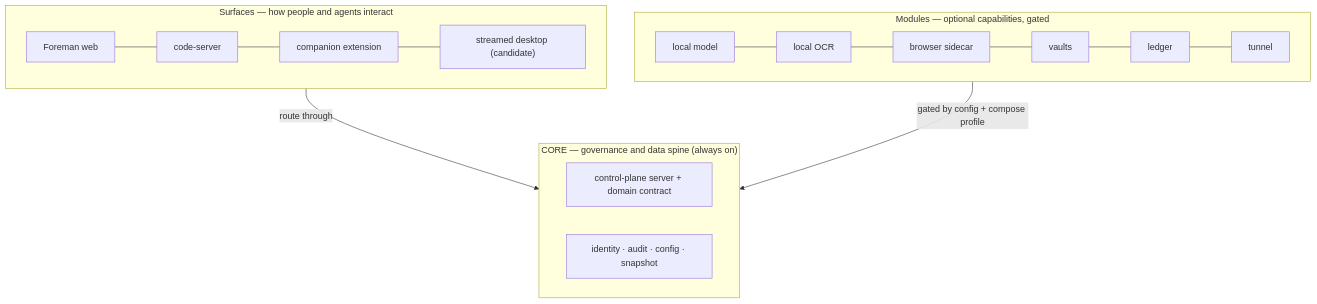
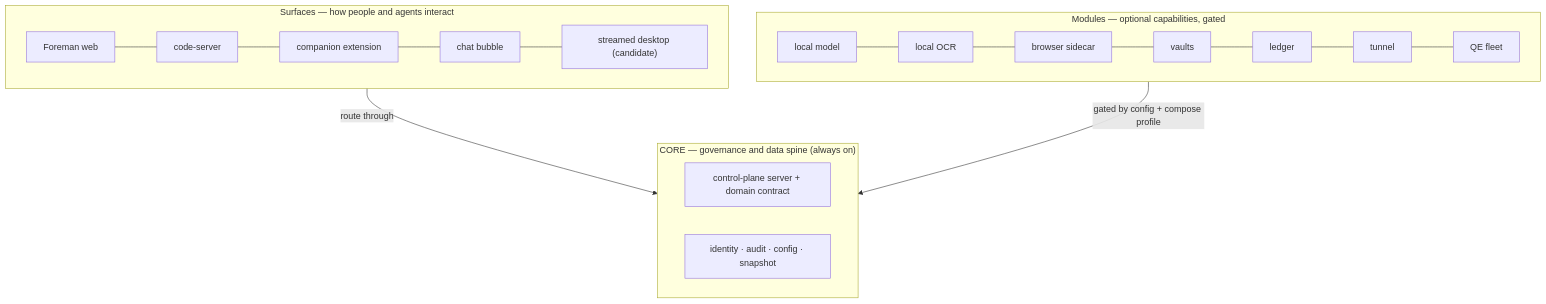
The second of 4 diagrams in README.md (DreamLab-AI/docBox), drawn with Mermaid before and after one commit. The commit also changed other lines of this file and 10 other files, not shown here.

First line of the commit message:
Pre-release doc hygiene: licence-exception honesty, browser docs, one mermaid fix

````diff
--- a/README.md
+++ b/README.md
@@ -50,15 +52,15 @@
 ```mermaid
 flowchart TB
   subgraph core["CORE — governance and data spine (always on)"]
     c1[control-plane server + domain contract]
     c2[identity · audit · config · snapshot]
   end
   subgraph surfaces["Surfaces — how people and agents interact"]
-    s1[Foreman web] --- s2[code-server] --- s3[companion extension] --- s4["streamed desktop (candidate)"]
+    s1[Foreman web] --- s2[code-server] --- s3[companion extension] --- s4[chat bubble] --- s5["streamed desktop (candidate)"]
   end
   subgraph modules["Modules — optional capabilities, gated"]
-    m1[local model] --- m2[local OCR] --- m3[browser sidecar] --- m4[vaults] --- m5[ledger] --- m6[tunnel]
+    m1[local model] --- m2[local OCR] --- m3[browser sidecar] --- m4[vaults] --- m5[ledger] --- m6[tunnel] --- m7[QE fleet]
   end
   surfaces -->|route through| core
   modules -->|gated by config + compose profile| core
 ```
````
